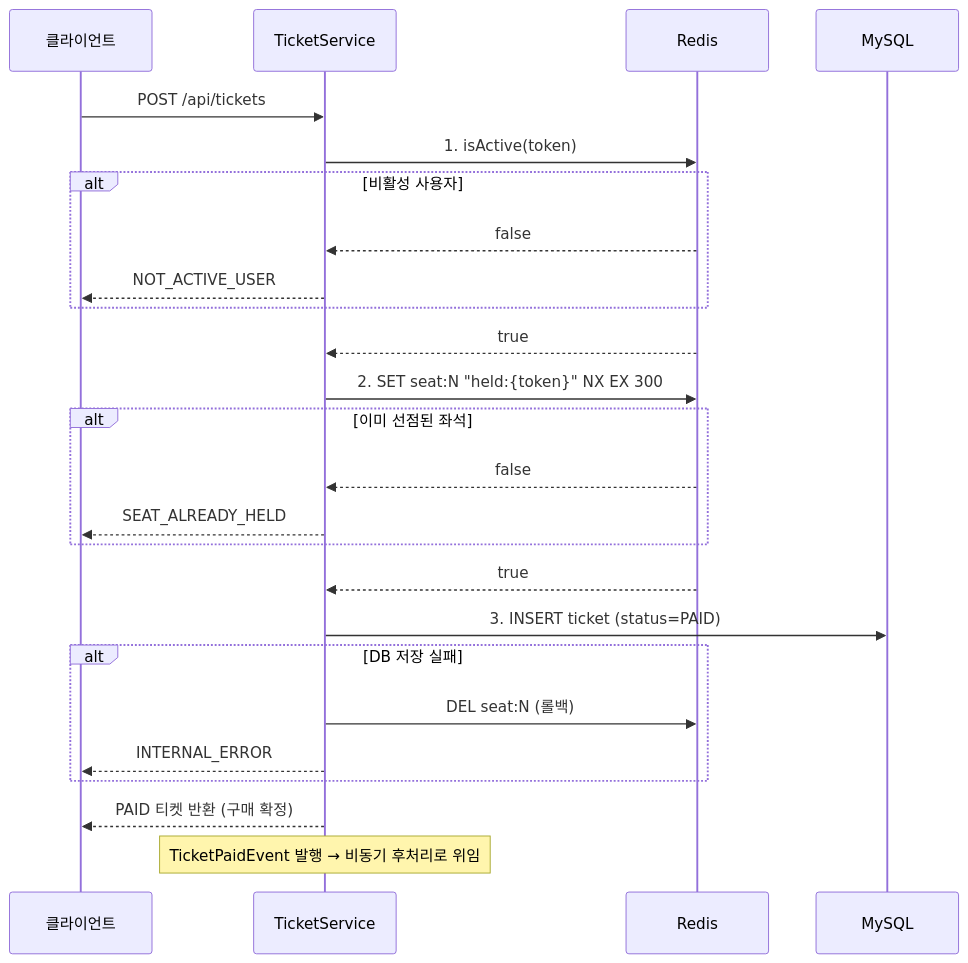
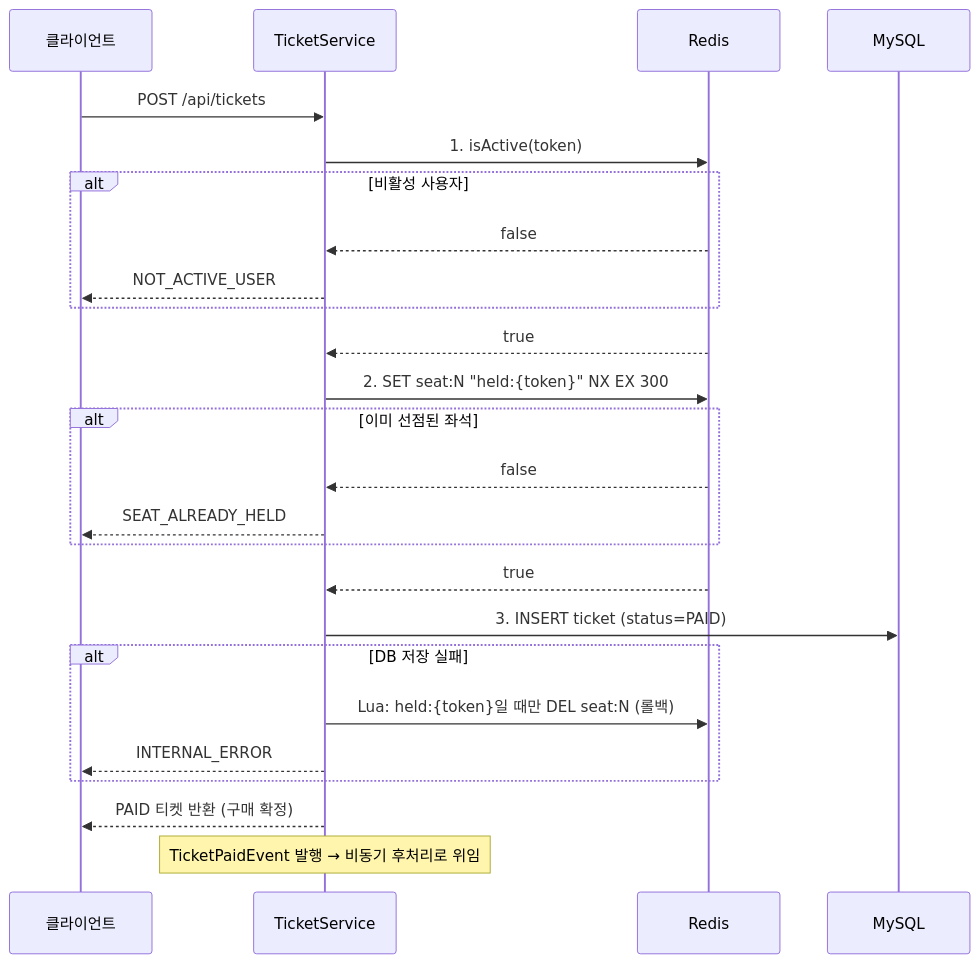
Before and after one commit to irnd04/zticket: the fifth of 7 diagrams in README.md, drawn with Mermaid. The commit also changed other lines of this file and 6 other files, not shown here.

First line of the commit message:
feat: releaseSeat Lua Compare-and-Delete 패턴 적용 및 장애 시나리오 문서화

````diff
--- a/README.md
+++ b/README.md
@@ -165,33 +165,33 @@
 ```mermaid
 sequenceDiagram
     participant C as 클라이언트
     participant T as TicketService
     participant R as Redis
     participant DB as MySQL
 
     C->>T: POST /api/tickets
 
     T->>R: 1. isActive(token)
     alt 비활성 사용자
         R-->>T: false
         T-->>C: NOT_ACTIVE_USER
     end
     R-->>T: true
 
     T->>R: 2. SET seat:N "held:{token}" NX EX 300
     alt 이미 선점된 좌석
         R-->>T: false
         T-->>C: SEAT_ALREADY_HELD
     end
     R-->>T: true
 
     T->>DB: 3. INSERT ticket (status=PAID)
     alt DB 저장 실패
-        T->>R: DEL seat:N (롤백)
+        T->>R: Lua: held:{token}일 때만 DEL seat:N (롤백)
         T-->>C: INTERNAL_ERROR
     end
 
     T-->>C: PAID 티켓 반환 (구매 확정)
 
     Note over T: TicketPaidEvent 발행 → 비동기 후처리로 위임
 ```
````
